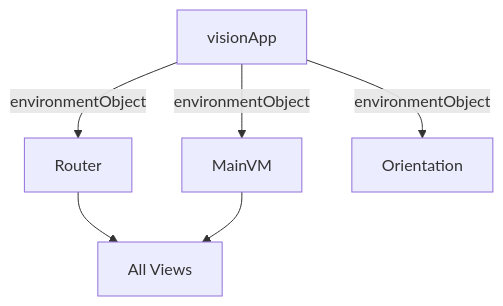
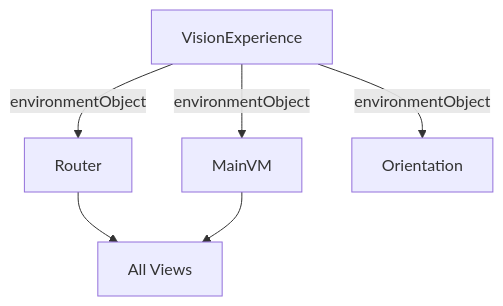
Before and after one commit to robertteleng/vision-experience-ios: the tenth of 12 diagrams in DIAGRAMS.md, drawn with Mermaid. The commit also changed other lines of this file and 123 other files, not shown here.

First line of the commit message:
refactor: rename project visionApp → VisionExperience

````diff
--- a/DIAGRAMS.md
+++ b/DIAGRAMS.md
@@ -112,8 +112,8 @@
 ```mermaid
 graph TD
-    App[visionApp] -->|environmentObject| Router
+    App[VisionExperience] -->|environmentObject| Router
     App -->|environmentObject| MainVM
     App -->|environmentObject| Orientation
     Router --> AllViews[All Views]
     MainVM --> AllViews
 ```
````
